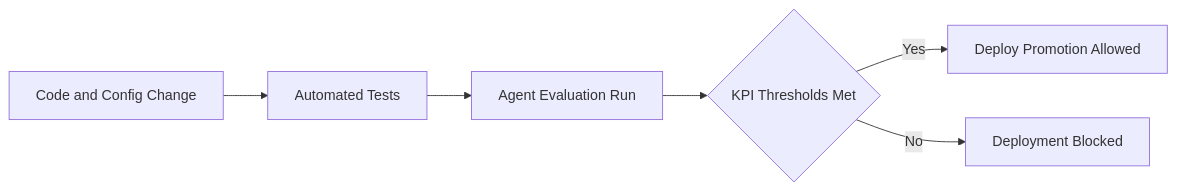
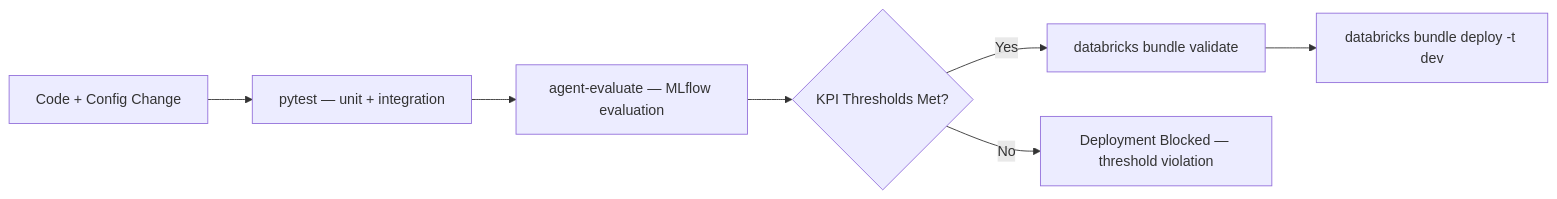
One commit to wchen-dea/Governed-Multi-Agent-Intelligence-on-Databricks changed the seventh of 7 diagrams in docs/architecture/design-artifacts/04-logical-detailed.md. Above: the diagram before and after it, drawn with Mermaid. The commit also changed other lines of this file and 51 other files, not shown here.

````diff
--- a/docs/architecture/design-artifacts/04-logical-detailed.md
+++ b/docs/architecture/design-artifacts/04-logical-detailed.md
@@ -93,8 +129,9 @@
 ```mermaid
 flowchart LR
-    Code[Code and Config Change] --> Test[Automated Tests]
-    Test --> Eval[Agent Evaluation Run]
-    Eval --> KPI{KPI Thresholds Met}
-    KPI -- Yes --> Promote[Deploy Promotion Allowed]
-    KPI -- No --> Stop[Deployment Blocked]
+    Code[Code + Config Change] --> Test[pytest — unit + integration]
+    Test --> Eval[agent-evaluate — MLflow evaluation]
+    Eval --> KPI{KPI Thresholds Met?}
+    KPI -- Yes --> Bundle[databricks bundle validate]
+    Bundle --> Deploy[databricks bundle deploy -t dev]
+    KPI -- No --> Stop[Deployment Blocked — threshold violation]
 ```
````
